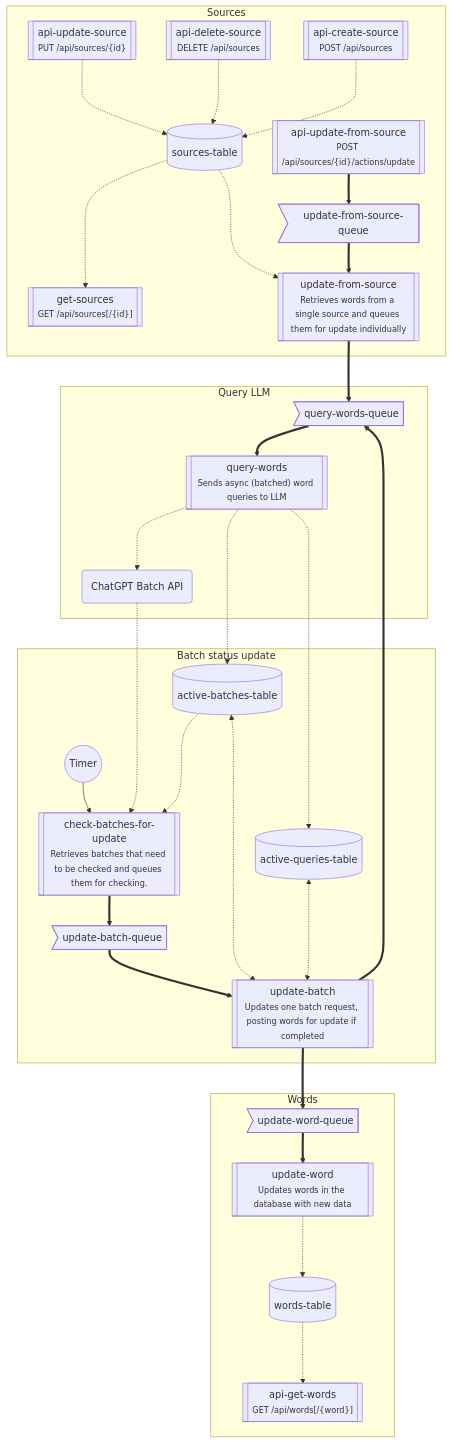
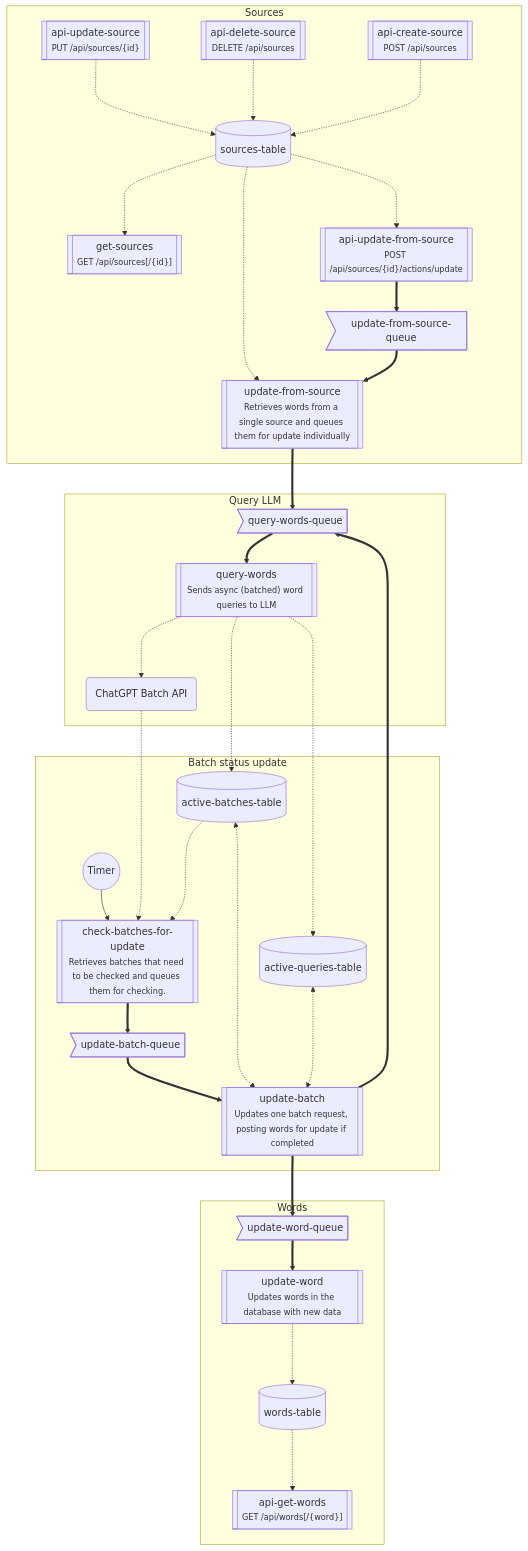
Before and after one commit to word-list/wordlist-documentation: the first of 2 diagrams in architecture.md, drawn with Mermaid.

Commit message:
Add link from sources-table to api-update-from-source

````diff
--- a/architecture.md
+++ b/architecture.md
@@ -2,38 +2,39 @@
 ```mermaid
 %%{init: {"flowchart": {"htmlLabels": false}} }%%
 graph TD;
     subgraph Sources
         sourcesTable -..-> getSources[["get-sources<br /><small>GET /api/sources[/{id}]</small>"]]
         apiUpdateSource[["api-update-source<br /><small>PUT /api/sources/{id}</small>"]] -..-> sourcesTable
         apiDeleteSource[["api-delete-source<br /><small>DELETE /api/sources</small>"]] -..-> sourcesTable
         apiCreateSource[["api-create-source<br /><small>POST /api/sources</small>"]] -..-> sourcesTable
-        apiUpdateFromSource[["api-update-from-source<br /><small>POST /api/sources/{id}/actions/update</small>"]] ==> updateFromSourceQueue
+        apiUpdateFromSource[["api-update-from-source<br /><small>POST /api/sources/{id}/actions/update</small>"]] ==> updateFromSourceQueue        
         sourcesTable[("sources-table")] -..-> updateFromSource[["update-from-source<br/><small>Retrieves words from a single source and queues them for update individually</small>"]]
+        sourcesTable -..-> apiUpdateFromSource
         updateFromSourceQueue>"update-from-source-queue"] ==> updateFromSource
     end
     subgraph Query LLM
         updateFromSource ==> queryWordsQueue>"query-words-queue"]
         queryWordsQueue ==> queryWords[["query-words<br /><small>Sends async (batched) word queries to LLM</small>"]]
         queryWords -..-> chatGPT(ChatGPT Batch API)
     end
     queryWords -...-> activeBatchesTable
     queryWords -..-> activeQueriesTable[("active-queries-table")]
     updateBatch ===> queryWordsQueue
     subgraph Batch status update
         timeTrigger@{ shape: circle, label: "Timer" } --> checkBatchesForUpdate
         checkBatchesForUpdate[["check-batches-for-update<br/><small>Retrieves batches that need to be checked and queues them for checking.</small>"]]
         checkBatchesForUpdate ==> updateBatchQueue
         updateBatchQueue>"update-batch-queue"] ==> updateBatch
         activeBatchesTable[("active-batches-table")] ..-> checkBatchesForUpdate
         activeBatchesTable <-..-> updateBatch
         activeQueriesTable <-..-> updateBatch[["update-batch<br/><small>Updates one batch request, posting words for update if completed</small>"]]
     end
     subgraph Words
         updateBatch ==> updateWordQueue
         updateWordQueue>"update-word-queue"] ==> updateWord
         updateWord[["update-word<br /><small>Updates words in the database with new data</small>"]]        
         updateWord ..-> wordsTable[("words-table")]
         wordsTable ..-> apiGetWords[["api-get-words<br /><small>GET /api/words[/{word}]</small>"]]
     end
     chatGPT .-> checkBatchesForUpdate
 ```
````
